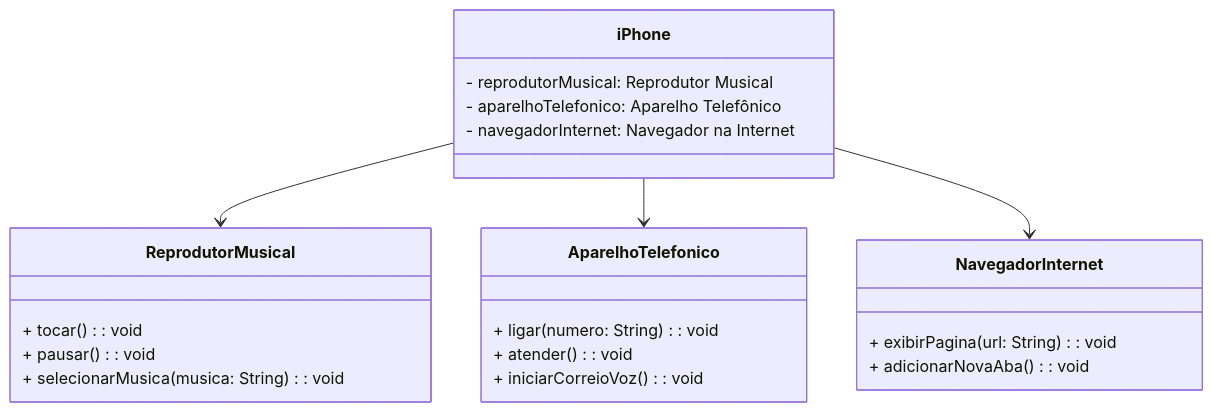
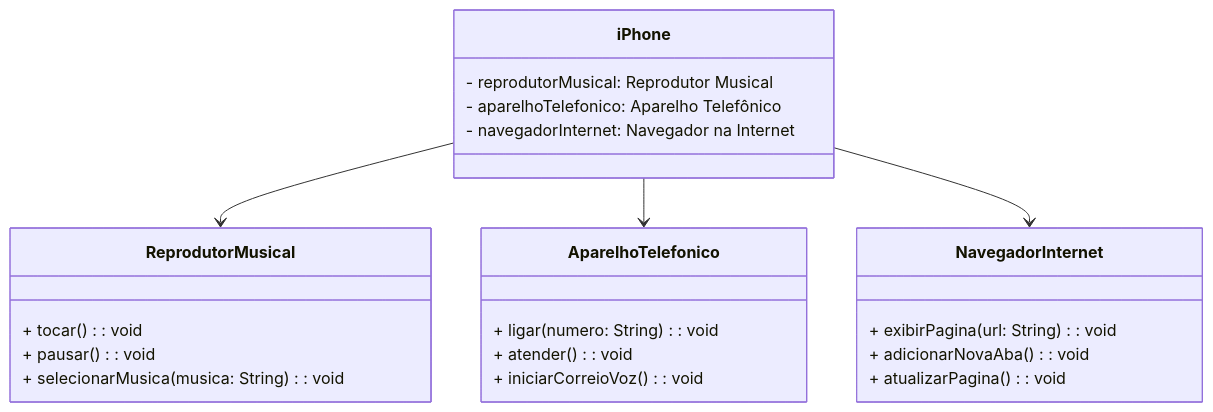
One commit to kekoksg/dio-desafio-modelagemiphone changed the diagram in README.md. Above: the diagram before and after it, drawn with Mermaid. The commit also changed other lines of this file, not shown here.

Commit message:
add atualizarPagina a class NaveagdorInternet

````diff
--- a/README.md
+++ b/README.md
@@ -2,29 +2,30 @@
 ```mermaid
 classDiagram
     class ReprodutorMusical {
         + tocar(): void
         + pausar(): void
         + selecionarMusica(musica: String): void
     }
 
     class AparelhoTelefonico {
         + ligar(numero: String): void
         + atender(): void
         + iniciarCorreioVoz(): void
     }
 
     class NavegadorInternet {
         + exibirPagina(url: String): void
         + adicionarNovaAba(): void
+        + atualizarPagina(): void
     }
 
     class iPhone {
         - reprodutorMusical: Reprodutor Musical
         - aparelhoTelefonico: Aparelho Telefônico
         - navegadorInternet: Navegador na Internet
     }
 
     iPhone --> ReprodutorMusical
     iPhone --> AparelhoTelefonico
     iPhone --> NavegadorInternet
 ```
````
